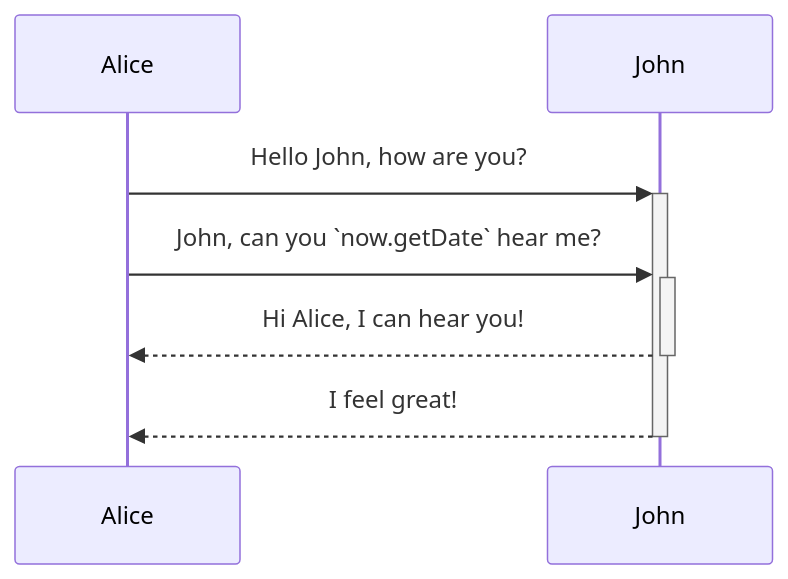
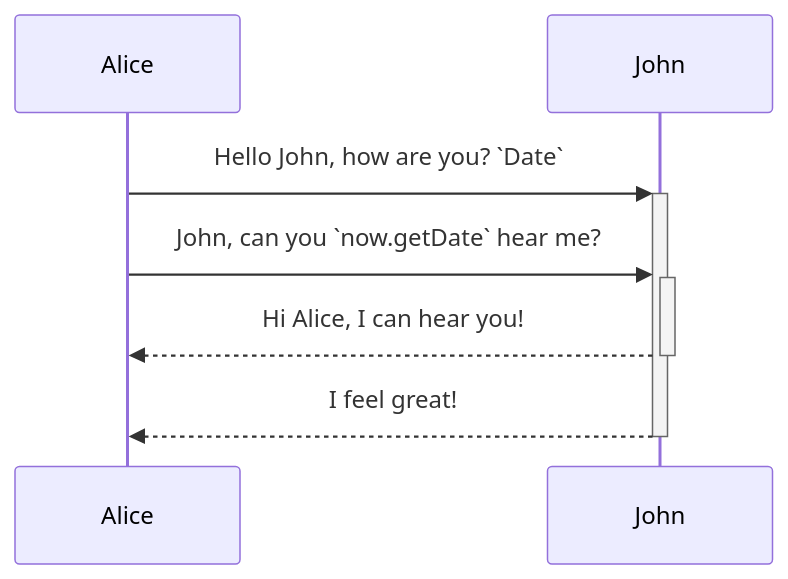
Before and after one commit to idoganzer/UTestEx: the diagram in .swm/hjklhnjkl.fy4ki.sw.md, drawn with Mermaid. The commit also changed other lines of this file, not shown here.

Commit message:
docs(swimm): update swimms: "hjklhnjkl"

````diff
--- a/.swm/hjklhnjkl.fy4ki.sw.md
+++ b/.swm/hjklhnjkl.fy4ki.sw.md
@@ -32,21 +32,18 @@
 ```mermaid
 sequenceDiagram
-Alice->>+John: Hello John, how are you?
-Alice->>+John: John, can you `now.getDate` hear me?
+Alice->>+John: Hello John, how are you? `Date`
 
 
 
+
+Alice->>+John: John, can you `now.getDate` hear me?
 
 
 
 John-->>-Alice: Hi Alice, I can hear you!
 John-->>-Alice: I feel great!
 
 
 
 
-
-
-
-
 ```
````
